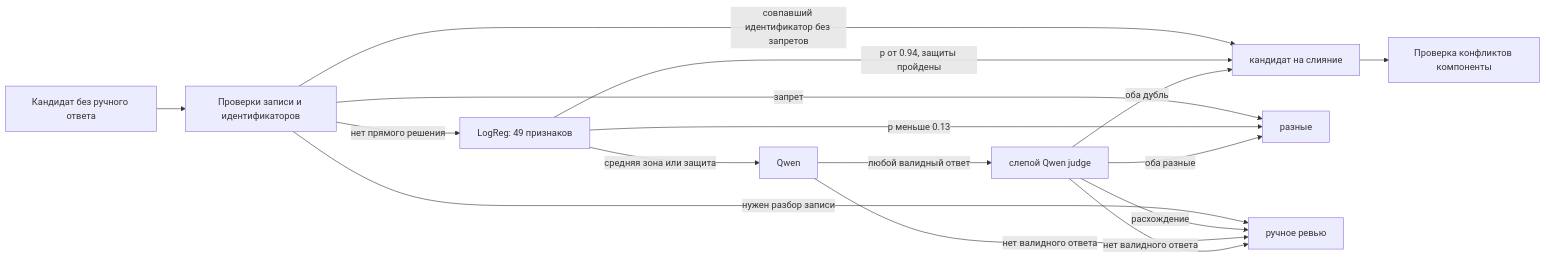
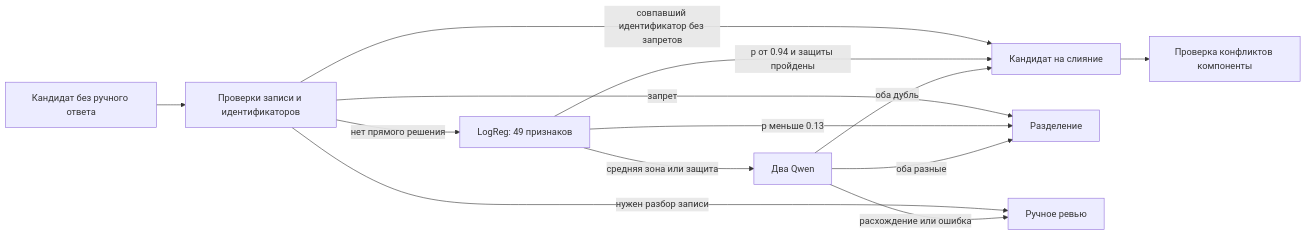
The diagram in docs/architecture/pipeline/dedup.md (ITMO-NSS-team/PAUK), drawn with Mermaid before and after one commit. The commit also changed other lines of this file and 1 other file, not shown here.

````diff
--- a/docs/architecture/pipeline/dedup.md
+++ b/docs/architecture/pipeline/dedup.md
@@ -158,18 +20,15 @@
 ```mermaid
 flowchart LR
-    A[Кандидат без ручного ответа] --> P[Проверки записи и идентификаторов]
-    P -->|совпавший идентификатор без запретов| D[кандидат на слияние]
-    P -->|запрет| C[разные]
-    P -->|нужен разбор записи| G[ручное ревью]
-    P -->|нет прямого решения| B[LogReg: 49 признаков]
-    B -->|p меньше 0.13| C
-    B -->|p от 0.94, защиты пройдены| D
-    B -->|средняя зона или защита| E[Qwen]
-    E -->|любой валидный ответ| F[слепой Qwen judge]
-    F -->|оба разные| C
-    F -->|оба дубль| D
-    F -->|расхождение| G
-    E -->|нет валидного ответа| G
-    F -->|нет валидного ответа| G
-    D --> H[Проверка конфликтов компоненты]
+    A[Кандидат без ручного ответа] --> B[Проверки записи и идентификаторов]
+    B -->|совпавший идентификатор без запретов| M[Кандидат на слияние]
+    B -->|запрет| S[Разделение]
+    B -->|нужен разбор записи| R[Ручное ревью]
+    B -->|нет прямого решения| L[LogReg: 49 признаков]
+    L -->|p меньше 0.13| S
+    L -->|p от 0.94 и защиты пройдены| M
+    L -->|средняя зона или защита| Q[Два Qwen]
+    Q -->|оба дубль| M
+    Q -->|оба разные| S
+    Q -->|расхождение или ошибка| R
+    M --> C[Проверка конфликтов компоненты]
 ```
````
